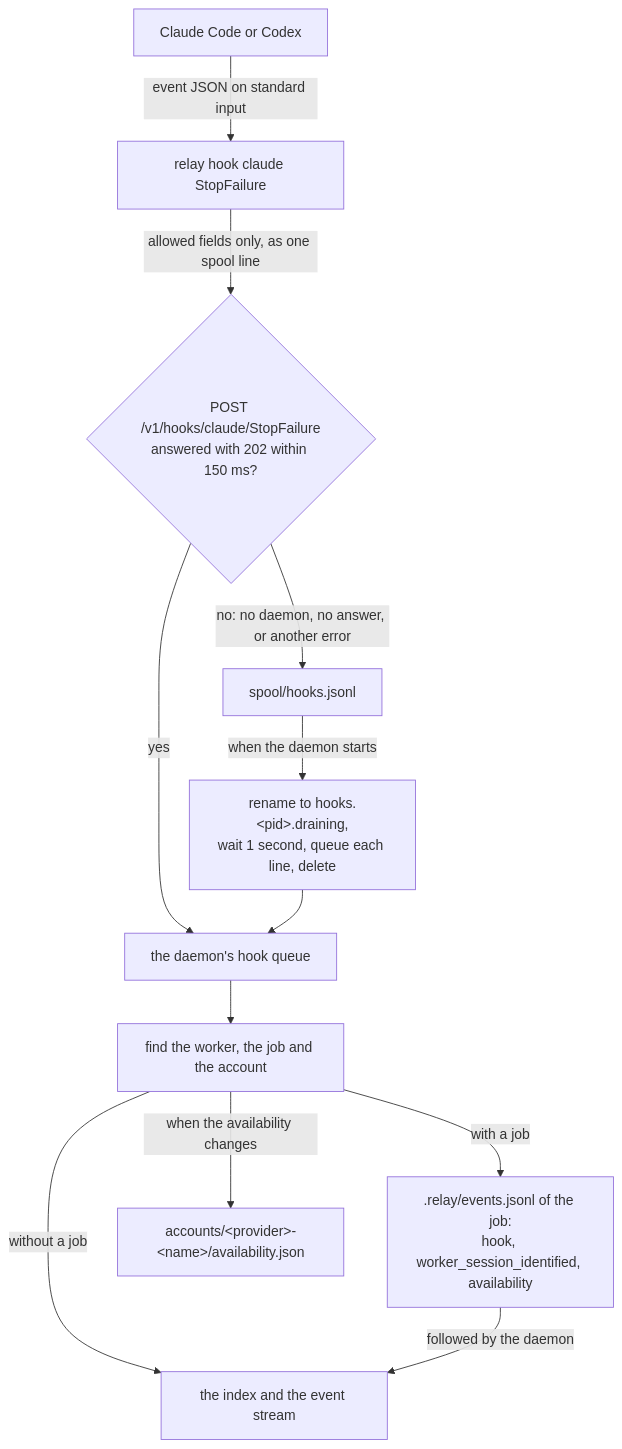
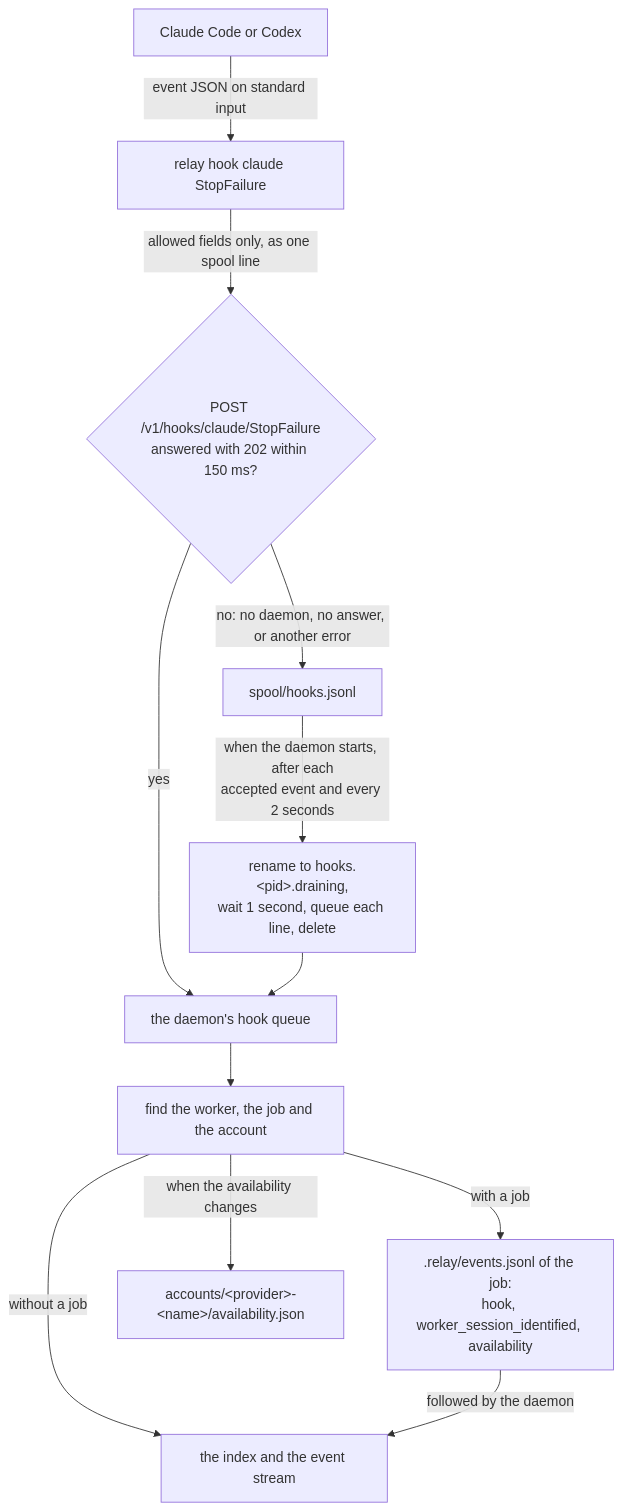
The second of 3 diagrams in docs/hooks.md (FrejusGdm/relay), drawn with Mermaid before and after one commit. The commit also changed other lines of this file and 19 other files, not shown here.

First line of the commit message:
fix: interactive workers see hook events, and the spool drains while the daemon runs

````diff
--- a/docs/hooks.md
+++ b/docs/hooks.md
@@ -77,14 +77,14 @@
 ```mermaid
 flowchart TD
   agent["Claude Code or Codex"] -->|"event JSON on standard input"| hook["relay hook claude StopFailure"]
   hook -->|"allowed fields only, as one spool line"| post{"POST /v1/hooks/claude/StopFailure<br/>answered with 202 within 150 ms?"}
   post -- yes --> queue["the daemon's hook queue"]
   post -- "no: no daemon, no answer, or another error" --> spool["spool/hooks.jsonl"]
-  spool -->|"when the daemon starts"| drain["rename to hooks.&lt;pid&gt;.draining,<br/>wait 1 second, queue each line, delete"]
+  spool -->|"when the daemon starts, after each<br/>accepted event and every 2 seconds"| drain["rename to hooks.&lt;pid&gt;.draining,<br/>wait 1 second, queue each line, delete"]
   drain --> queue
   queue --> find["find the worker, the job and the account"]
   find -->|"with a job"| events[".relay/events.jsonl of the job:<br/>hook, worker_session_identified, availability"]
   find -->|"without a job"| index["the index and the event stream"]
   find -->|"when the availability changes"| record["accounts/&lt;provider&gt;-&lt;name&gt;/availability.json"]
   events -->|"followed by the daemon"| index
 ```
````
